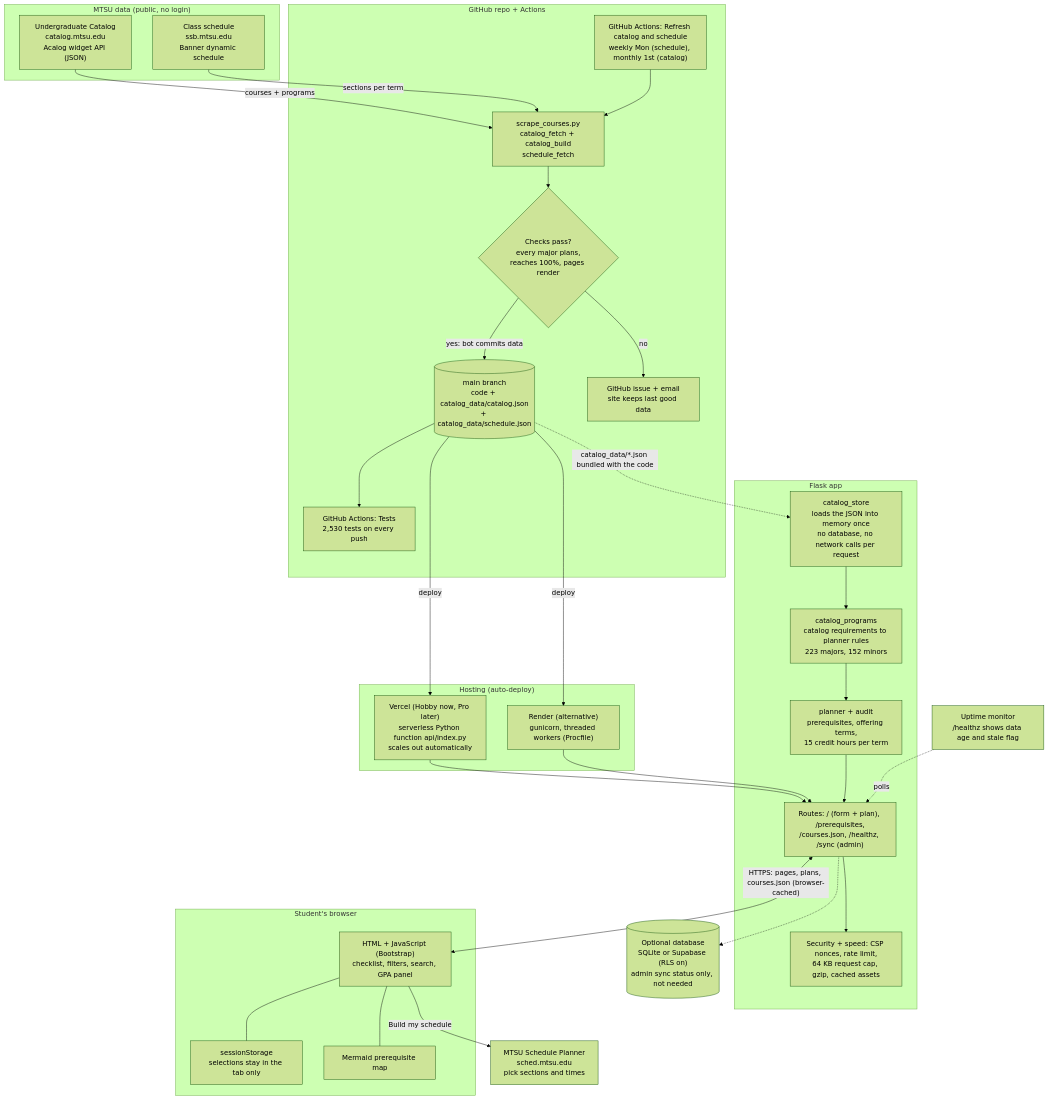
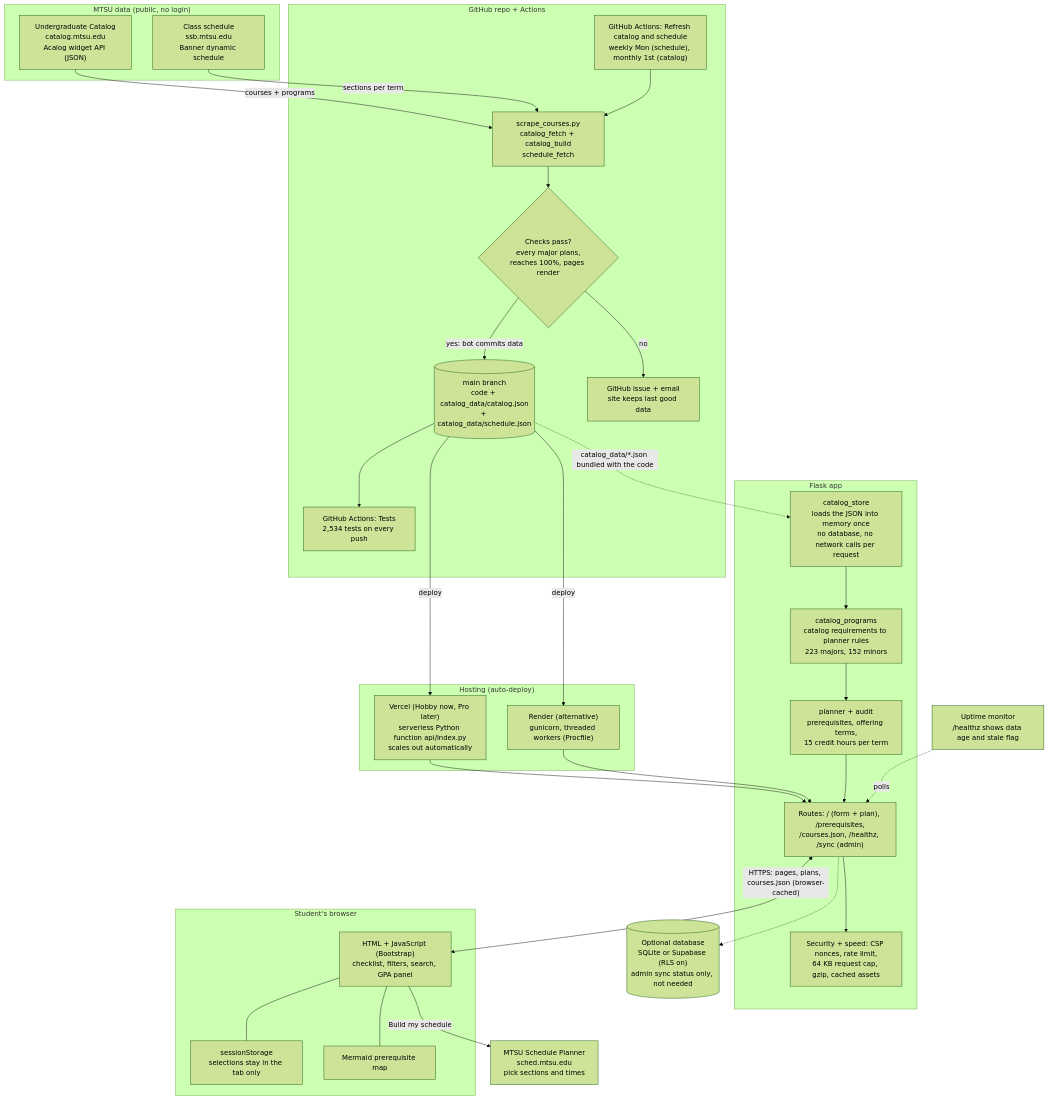
The diagram in README.md (stevenGGG23/MTSU-GradPath), drawn with Mermaid (forest theme) before and after one commit. The commit also changed other lines of this file and 6 other files, not shown here.

````diff
--- a/README.md
+++ b/README.md
@@ -284,60 +292,60 @@
 ```mermaid
 flowchart TB
     subgraph MTSU["MTSU data (public, no login)"]
         CAT["Undergraduate Catalog<br/>catalog.mtsu.edu<br/>Acalog widget API (JSON)"]
         SCH["Class schedule<br/>ssb.mtsu.edu<br/>Banner dynamic schedule"]
     end
 
     subgraph GH["GitHub repo + Actions"]
         REFRESH["GitHub Actions: Refresh catalog and schedule<br/>weekly Mon (schedule), monthly 1st (catalog)"]
         EXPORT["scrape_courses.py<br/>catalog_fetch + catalog_build<br/>schedule_fetch"]
         GATE{"Checks pass?<br/>every major plans,<br/>reaches 100%, pages render"}
         REPO[("main branch<br/>code + catalog_data/catalog.json<br/>+ catalog_data/schedule.json")]
         ISSUE["GitHub issue + email<br/>site keeps last good data"]
-        TESTS["GitHub Actions: Tests<br/>2,530 tests on every push"]
+        TESTS["GitHub Actions: Tests<br/>2,534 tests on every push"]
     end
 
     subgraph HOST["Hosting (auto-deploy)"]
         VERCEL["Vercel (Hobby now, Pro later)<br/>serverless Python function api/index.py<br/>scales out automatically"]
         RENDER["Render (alternative)<br/>gunicorn, threaded workers (Procfile)"]
     end
 
     subgraph APP["Flask app"]
         STORE["catalog_store<br/>loads the JSON into memory once<br/>no database, no network calls per request"]
         CONVERT["catalog_programs<br/>catalog requirements to planner rules<br/>223 majors, 152 minors"]
         PLAN["planner + audit<br/>prerequisites, offering terms,<br/>15 credit hours per term"]
         ROUTES["Routes: / (form + plan), /prerequisites,<br/>/courses.json, /healthz, /sync (admin)"]
         HARDEN["Security + speed: CSP nonces, rate limit,<br/>64 KB request cap, gzip, cached assets"]
     end
 
     subgraph USER["Student's browser"]
         PAGE["HTML + JavaScript (Bootstrap)<br/>checklist, filters, search, GPA panel"]
         LOCAL["sessionStorage<br/>selections stay in the tab only"]
         MERMAID["Mermaid prerequisite map"]
     end
 
     SP["MTSU Schedule Planner<br/>sched.mtsu.edu<br/>pick sections and times"]
 
     DB[("Optional database<br/>SQLite or Supabase (RLS on)<br/>admin sync status only, not needed")]
     MON["Uptime monitor<br/>/healthz shows data age and stale flag"]
 
     CAT -->|"courses + programs"| EXPORT
     SCH -->|"sections per term"| EXPORT
     REFRESH --> EXPORT --> GATE
     GATE -->|"yes: bot commits data"| REPO
     GATE -->|"no"| ISSUE
     REPO --> TESTS
     REPO -->|"deploy"| VERCEL
     REPO -->|"deploy"| RENDER
     VERCEL --> ROUTES
     RENDER --> ROUTES
     ROUTES --> HARDEN
     STORE --> CONVERT --> PLAN --> ROUTES
     REPO -.->|"catalog_data/*.json bundled with the code"| STORE
     ROUTES <-->|"HTTPS: pages, plans, courses.json (browser-cached)"| PAGE
     PAGE --- LOCAL
     PAGE --- MERMAID
     PAGE -->|"Build my schedule"| SP
     ROUTES -.-> DB
     MON -.->|"polls"| ROUTES
 ```
````
